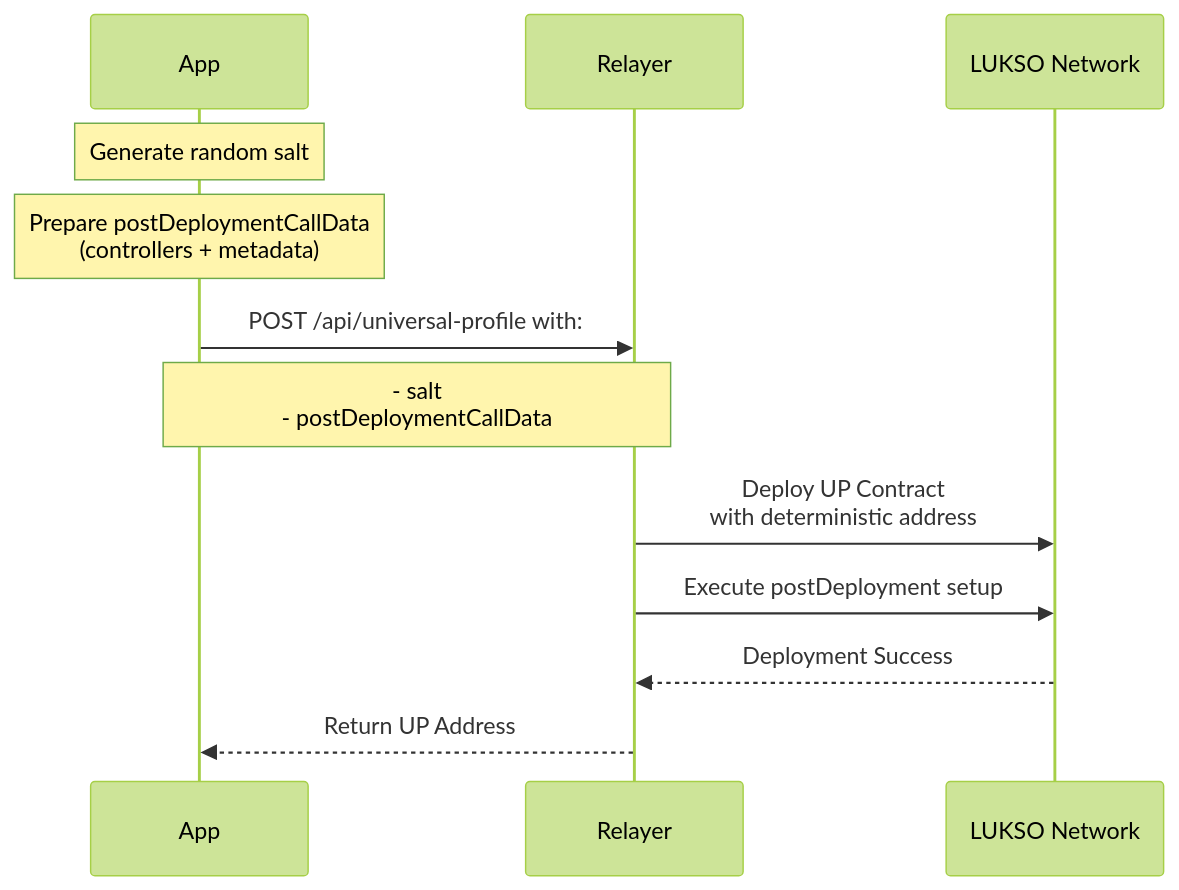
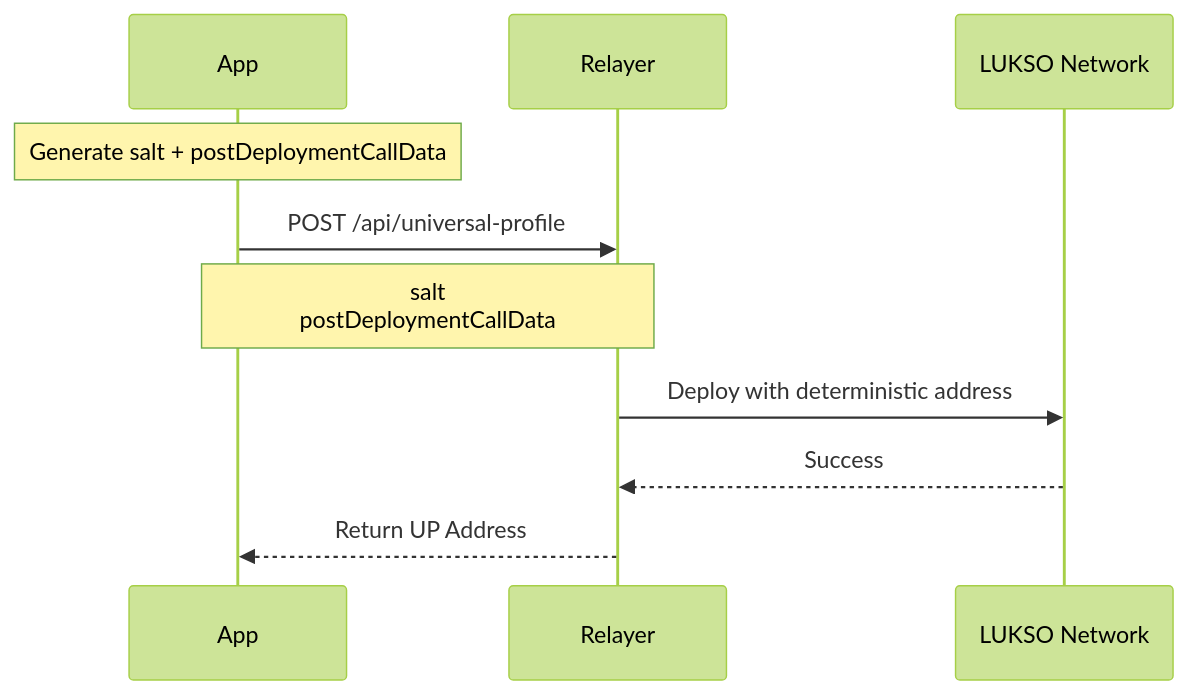
Before and after one commit to lukso-network/docs: the second of 2 diagrams in docs/tools/apis/relayer-api.md, drawn with Mermaid (forest theme). The commit also changed other lines of this file, not shown here.

First line of the commit message:
docs: rewrite Relayer API page with execute transactions section

````diff
--- a/docs/tools/apis/relayer-api.md
+++ b/docs/tools/apis/relayer-api.md
@@ -86,15 +198,13 @@
 ```mermaid
 sequenceDiagram
     participant App
     participant Relayer
     participant LUKSO Network
 
-    Note over App: Generate random salt
-    Note over App: Prepare postDeploymentCallData<br>(controllers + metadata)
-    App->>Relayer: POST /api/universal-profile with:
-    Note over App,Relayer: - salt<br>- postDeploymentCallData
-    Relayer->>LUKSO Network: Deploy UP Contract<br>with deterministic address
-    Relayer->>LUKSO Network: Execute postDeployment setup
-    LUKSO Network-->>Relayer: Deployment Success
+    Note over App: Generate salt + postDeploymentCallData
+    App->>Relayer: POST /api/universal-profile
+    Note over App,Relayer: salt<br>postDeploymentCallData
+    Relayer->>LUKSO Network: Deploy with deterministic address
+    LUKSO Network-->>Relayer: Success
     Relayer-->>App: Return UP Address
 ```
````
